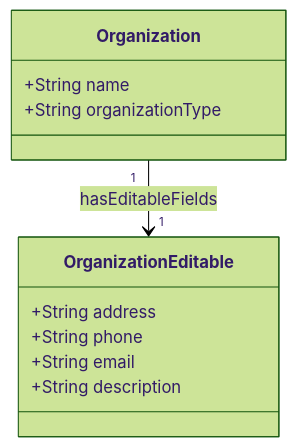
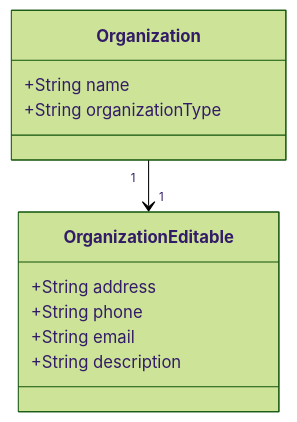
Before and after one commit to AleksanderWyrwa/OctoServer: the diagram in README.MD, drawn with Mermaid (forest theme).

Commit message:
Fix relationship notation in README

````diff
--- a/README.MD
+++ b/README.MD
@@ -174,16 +174,16 @@
 ```mermaid
 classDiagram
     class Organization {
         +String name
         +String organizationType
     }
 
     class OrganizationEditable {
         +String address
         +String phone
         +String email
         +String description
     }
 
-    Organization "1" --> "1" OrganizationEditable : hasEditableFields
+    Organization "1" --> "1" OrganizationEditable
 ```
````
